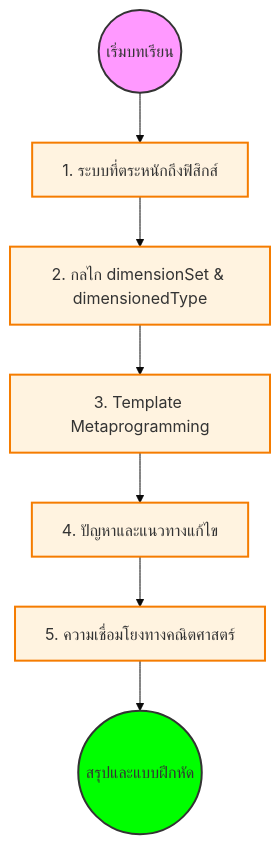
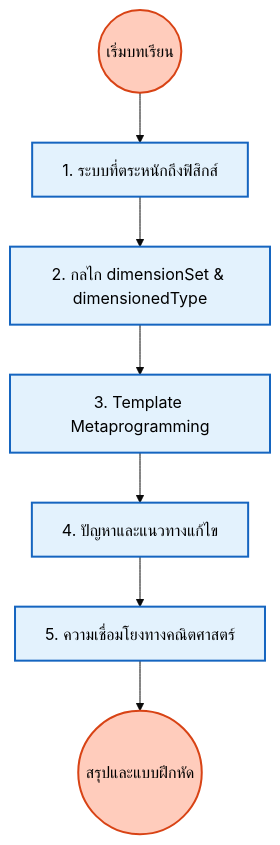
The diagram in MODULE_05_OPENFOAM_PROGRAMMING/CONTENT/02_DIMENSIONED_TYPES/00_Overview.md (wramet/build-my-cfd), drawn with Mermaid (base theme) before and after one commit. The commit also changed 313 other files, not shown here.

Commit message:
Revise all diagram

````diff
--- a/MODULE_05_OPENFOAM_PROGRAMMING/CONTENT/02_DIMENSIONED_TYPES/00_Overview.md
+++ b/MODULE_05_OPENFOAM_PROGRAMMING/CONTENT/02_DIMENSIONED_TYPES/00_Overview.md
@@ -7,14 +7,13 @@
 ```mermaid
 flowchart TD
-    Start((เริ่มบทเรียน)) --> PhysicsAware[1. ระบบที่ตระหนักถึงฟิสิกส์]
-    PhysicsAware --> Mechanisms[2. กลไก dimensionSet & dimensionedType]
-    Mechanisms --> TMP[3. Template Metaprogramming]
-    TMP --> Pitfalls[4. ปัญหาและแนวทางแก้ไข]
-    Pitfalls --> Math[5. ความเชื่อมโยงทางคณิตศาสตร์]
-    Math --> End((สรุปและแบบฝึกหัด))
+%% Classes
+classDef explicit fill:#ffccbc,stroke:#d84315,stroke-width:2px,color:#000
+classDef implicit fill:#e3f2fd,stroke:#1565c0,stroke-width:2px,color:#000
 
-    style Start fill:#f9f,stroke:#333,stroke-width:2px
-    style End fill:#00ff00,stroke:#333,stroke-width:2px
-    classDef step fill:#fff3e0,stroke:#f57c00,stroke-width:2px;
-    class PhysicsAware,Mechanisms,TMP,Pitfalls,Math step
+Start((เริ่มบทเรียน)):::explicit --> PhysicsAware[1. ระบบที่ตระหนักถึงฟิสิกส์]:::implicit
+PhysicsAware --> Mechanisms[2. กลไก dimensionSet & dimensionedType]:::implicit
+Mechanisms --> TMP[3. Template Metaprogramming]:::implicit
+TMP --> Pitfalls[4. ปัญหาและแนวทางแก้ไข]:::implicit
+Pitfalls --> Math[5. ความเชื่อมโยงทางคณิตศาสตร์]:::implicit
+Math --> End((สรุปและแบบฝึกหัด)):::explicit
 ```
````
